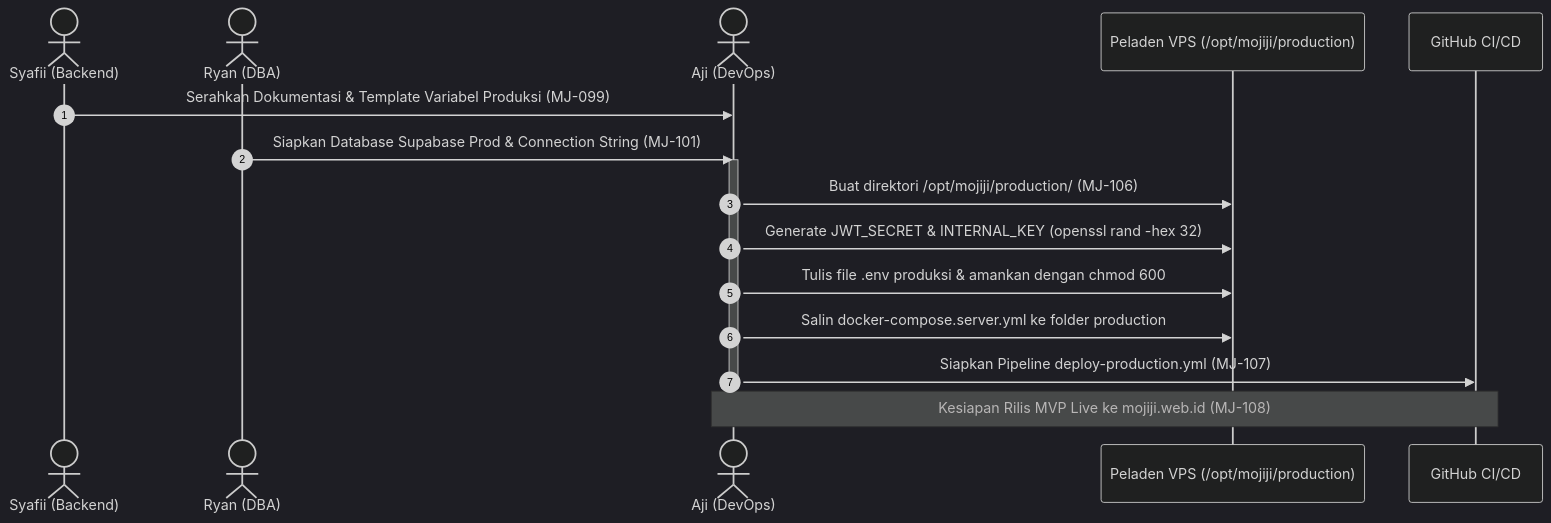
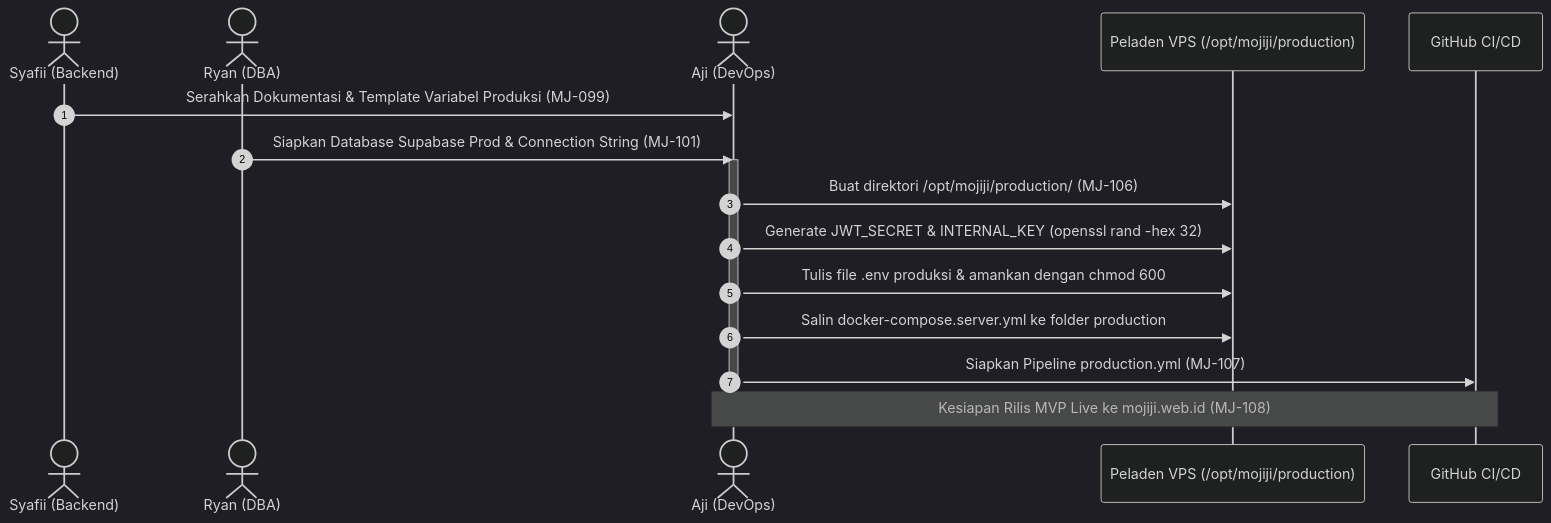
One commit to aji-banyu/mojiji-animelist changed the diagram in docs/deployment/konfigurasi-produksi.md. Above: the diagram before and after it, drawn with Mermaid (dark theme). The commit also changed other lines of this file and 5 other files, not shown here.

````diff
--- a/docs/deployment/konfigurasi-produksi.md
+++ b/docs/deployment/konfigurasi-produksi.md
@@ -29,22 +29,22 @@
 ```mermaid
 sequenceDiagram
     autonumber
     actor BE as Syafii (Backend)
     actor DBA as Ryan (DBA)
     actor DevOps as Aji (DevOps)
     participant VPS as Peladen VPS (/opt/mojiji/production)
     participant GH as GitHub CI/CD
 
     BE->>DevOps: Serahkan Dokumentasi & Template Variabel Produksi (MJ-099)
     DBA->>DevOps: Siapkan Database Supabase Prod & Connection String (MJ-101)
     
     activate DevOps
     DevOps->>VPS: Buat direktori /opt/mojiji/production/ (MJ-106)
     DevOps->>VPS: Generate JWT_SECRET & INTERNAL_KEY (openssl rand -hex 32)
     DevOps->>VPS: Tulis file .env produksi & amankan dengan chmod 600
     DevOps->>VPS: Salin docker-compose.server.yml ke folder production
-    DevOps->>GH: Siapkan Pipeline deploy-production.yml (MJ-107)
+    DevOps->>GH: Siapkan Pipeline production.yml (MJ-107)
     deactivate DevOps
 
     Note over DevOps,GH: Kesiapan Rilis MVP Live ke mojiji.web.id (MJ-108)
 ```
````
